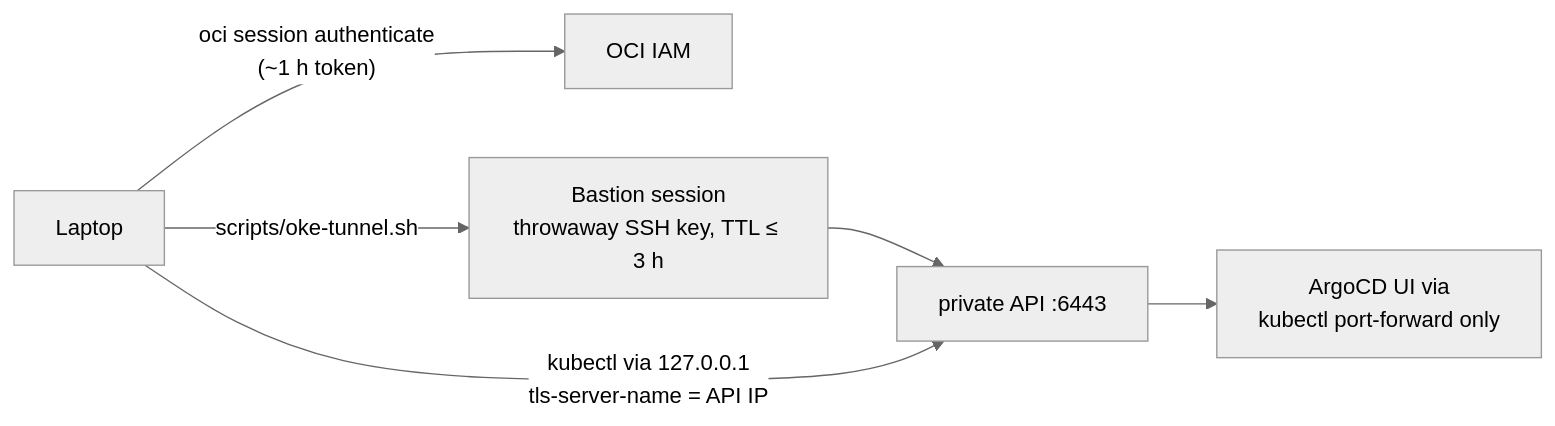
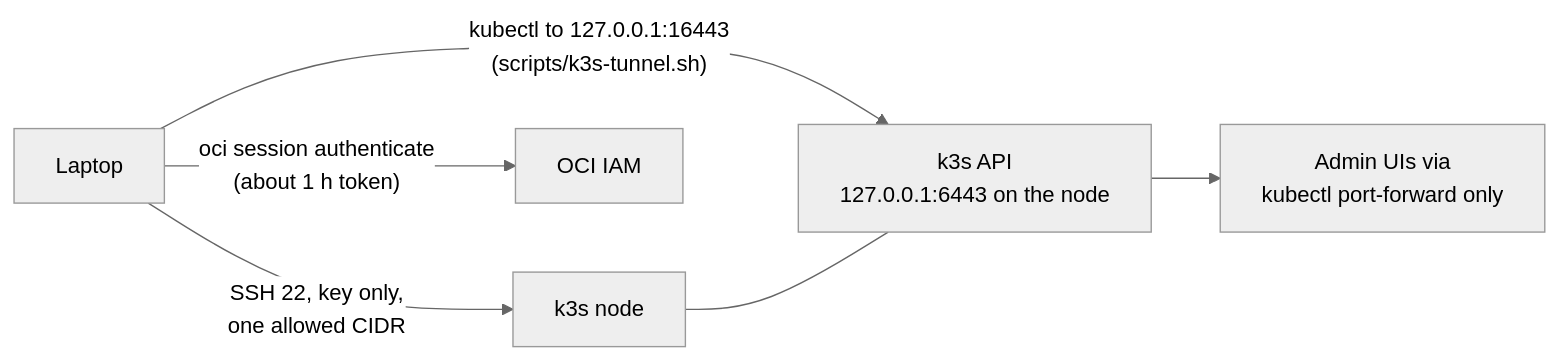
Before and after one commit to Sandeep-RN/oci-k8s-gitops-demo: the sixth of 6 diagrams in docs/architecture.md, drawn with Mermaid (neutral theme). The commit also changed other lines of this file and 29 other files, not shown here.

First line of the commit message:
Docs: README, architecture and ADR pointers follow the move to k3s (part of #74, #58) (#135)

````diff
--- a/docs/architecture.md
+++ b/docs/architecture.md
@@ -303,8 +318,8 @@
 ```mermaid
 flowchart LR
-    laptop["Laptop"] -->|"oci session authenticate<br/>(~1 h token)"| iam["OCI IAM"]
-    laptop -->|"scripts/oke-tunnel.sh"| sess["Bastion session<br/>throwaway SSH key, TTL ≤ 3 h"]
-    sess --> api["private API :6443"]
-    laptop -->|"kubectl via 127.0.0.1<br/>tls-server-name = API IP"| api
-    api --> argocd["ArgoCD UI via<br/>kubectl port-forward only"]
+    laptop["Laptop"] -->|"SSH 22, key only,<br/>one allowed CIDR"| node["k3s node"]
+    laptop -->|"kubectl to 127.0.0.1:16443<br/>(scripts/k3s-tunnel.sh)"| api["k3s API<br/>127.0.0.1:6443 on the node"]
+    node --- api
+    api --> ui["Admin UIs via<br/>kubectl port-forward only"]
+    laptop -->|"oci session authenticate<br/>(about 1 h token)"| iam["OCI IAM"]
 ```
````
